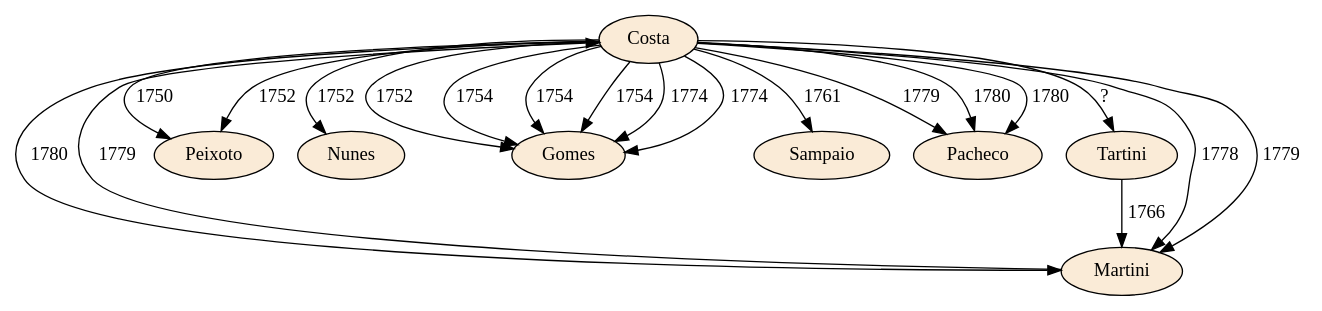
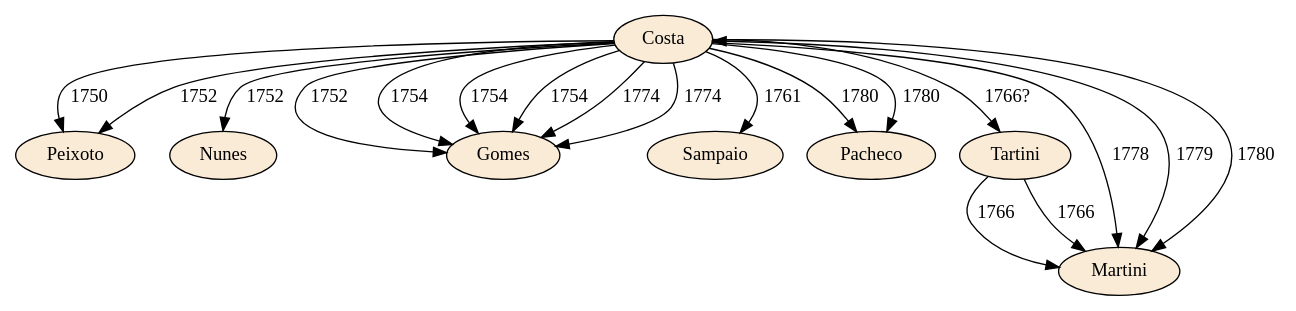
The diagram in costa/costa-02.dot (JoseNunoOliveira/jno), drawn with Graphviz before and after one commit.

```diff
--- a/costa/costa-02.dot
+++ b/costa/costa-02.dot
@@ -1,29 +1,28 @@
 digraph G {
 Peixoto [style=filled; fillcolor="antiquewhite"];
 Nunes   [style=filled; fillcolor="antiquewhite"];
 Gomes   [style=filled; fillcolor="antiquewhite"];
 Sampaio [style=filled; fillcolor="antiquewhite"];
 Pacheco [style=filled; fillcolor="antiquewhite"];
 Tartini [style=filled; fillcolor="antiquewhite"];
 Martini [style=filled; fillcolor="antiquewhite"];
 Costa   [style=filled; fillcolor="antiquewhite"];
 Costa -> Peixoto [ label="1750" ];
 Costa -> Peixoto [ label="1752" ];
 Costa -> Nunes  [ label="1752" ];
 Tartini -> Martini [ label="1766" ];
-Costa -> Tartini [ label="?" ];
+Tartini -> Martini [ label="1766" ];
+Costa -> Tartini [ label="1766?" ];
 Costa -> Gomes [ label="1752" ];
 Costa -> Gomes [ label="1754" ];
 Costa -> Gomes [ label="1754" ];
 Costa -> Gomes [ label="1754" ];
 Costa -> Sampaio  [ label="1761" ];
 Costa -> Gomes [ label="1774" ];
 Costa -> Gomes [ label="1774" ];
-Costa -> Pacheco  [ label="1779" ];
 Costa -> Martini [ label="1778" ];
-Costa -> Martini [ label="1779" ];
-Martini -> Costa [ label="1779" ];
+Costa -> Martini [ label="1779", dir=both ];
 Costa -> Martini [ label="1780" ];
 Costa -> Pacheco  [ label="1780" ];
 Costa -> Pacheco  [ label="1780" ];
 }
```
